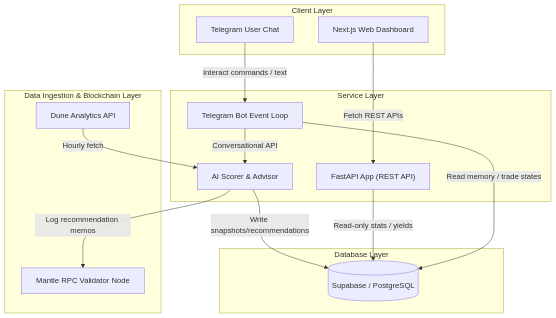
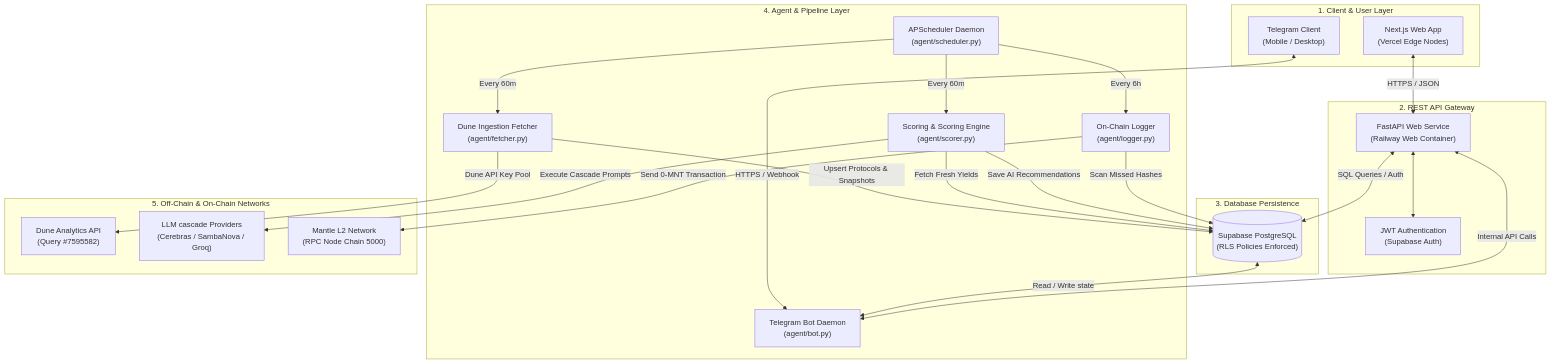
One commit to joshuatochinwachi/Yield-Sage changed the first of 4 diagrams in docs/system_architecture.md. Above: the diagram before and after it, drawn with Mermaid. The commit also changed other lines of this file and 12 other files, not shown here.

````diff
--- a/docs/system_architecture.md
+++ b/docs/system_architecture.md
@@ -26,32 +15,56 @@
 ```mermaid
 graph TB
-    subgraph Client Layer [Client Layer]
-        A["Next.js Web Dashboard"]
-        B["Telegram User Chat"]
+    subgraph ClientLayer ["1. Client & User Layer"]
+        NextJS["Next.js Web App\n(Vercel Edge Nodes)"]
+        TGUser["Telegram Client\n(Mobile / Desktop)"]
     end
 
-    subgraph Service Layer [Service Layer]
-        C["FastAPI App (REST API)"]
-        D["Telegram Bot Event Loop"]
-        E["AI Scorer & Advisor"]
+    subgraph GatewayLayer ["2. REST API Gateway"]
+        FastAPI["FastAPI Web Service\n(Railway Web Container)"]
+        JWTAuth["JWT Authentication\n(Supabase Auth)"]
+        FastAPI <--> JWTAuth
     end
 
-    subgraph Database Layer [Database Layer]
-        F[(Supabase / PostgreSQL)]
+    subgraph DatabaseLayer ["3. Database Persistence"]
+        DB[("Supabase PostgreSQL\n(RLS Policies Enforced)")]
     end
 
-    subgraph Data Ingestion Layer [Data Ingestion & Blockchain Layer]
-        G["Dune Analytics API"]
-        H["Mantle RPC Validator Node"]
+    subgraph AgentLayer ["4. Agent & Pipeline Layer"]
+        Fetcher["Dune Ingestion Fetcher\n(agent/fetcher.py)"]
+        Scorer["Scoring & Scoring Engine\n(agent/scorer.py)"]
+        OnChainLogger["On-Chain Logger\n(agent/logger.py)"]
+        TGBot["Telegram Bot Daemon\n(agent/bot.py)"]
+        Scheduler["APScheduler Daemon\n(agent/scheduler.py)"]
     end
 
-    %% Data flow directions
-    G -->|Hourly fetch| E
-    E -->|Write snapshots/recommendations| F
-    C -->|Read-only stats / yields| F
-    D -->|Read memory / trade states| F
-    A -->|Fetch REST APIs| C
-    B -->|Interact commands / text| D
-    D -->|Conversational API| E
-    E -->|Log recommendation memos| H
+    subgraph ExternalServices ["5. Off-Chain & On-Chain Networks"]
+        Dune["Dune Analytics API\n(Query #7595582)"]
+        AICascade["LLM cascade Providers\n(Cerebras / SambaNova / Groq)"]
+        Mantle["Mantle L2 Network\n(RPC Node Chain 5000)"]
+    end
+
+    %% Client Interactions
+    NextJS <-->|HTTPS / JSON| FastAPI
+    TGUser <-->|HTTPS / Webhook| TGBot
+    TGBot <-->|Internal API Calls| FastAPI
+
+    %% Gateway to Database
+    FastAPI <-->|SQL Queries / Auth| DB
+
+    %% Agent Interactions
+    Scheduler -->|Every 60m| Fetcher
+    Scheduler -->|Every 60m| Scorer
+    Scheduler -->|Every 6h| OnChainLogger
+
+    Fetcher -->|Dune API Key Pool| Dune
+    Fetcher -->|Upsert Protocols & Snapshots| DB
+
+    Scorer -->|Fetch Fresh Yields| DB
+    Scorer -->|Execute Cascade Prompts| AICascade
+    Scorer -->|Save AI Recommendations| DB
+
+    OnChainLogger -->|Scan Missed Hashes| DB
+    OnChainLogger -->|Send 0-MNT Transaction| Mantle
+    
+    DB <-->|Read / Write state| TGBot
 ```
````
